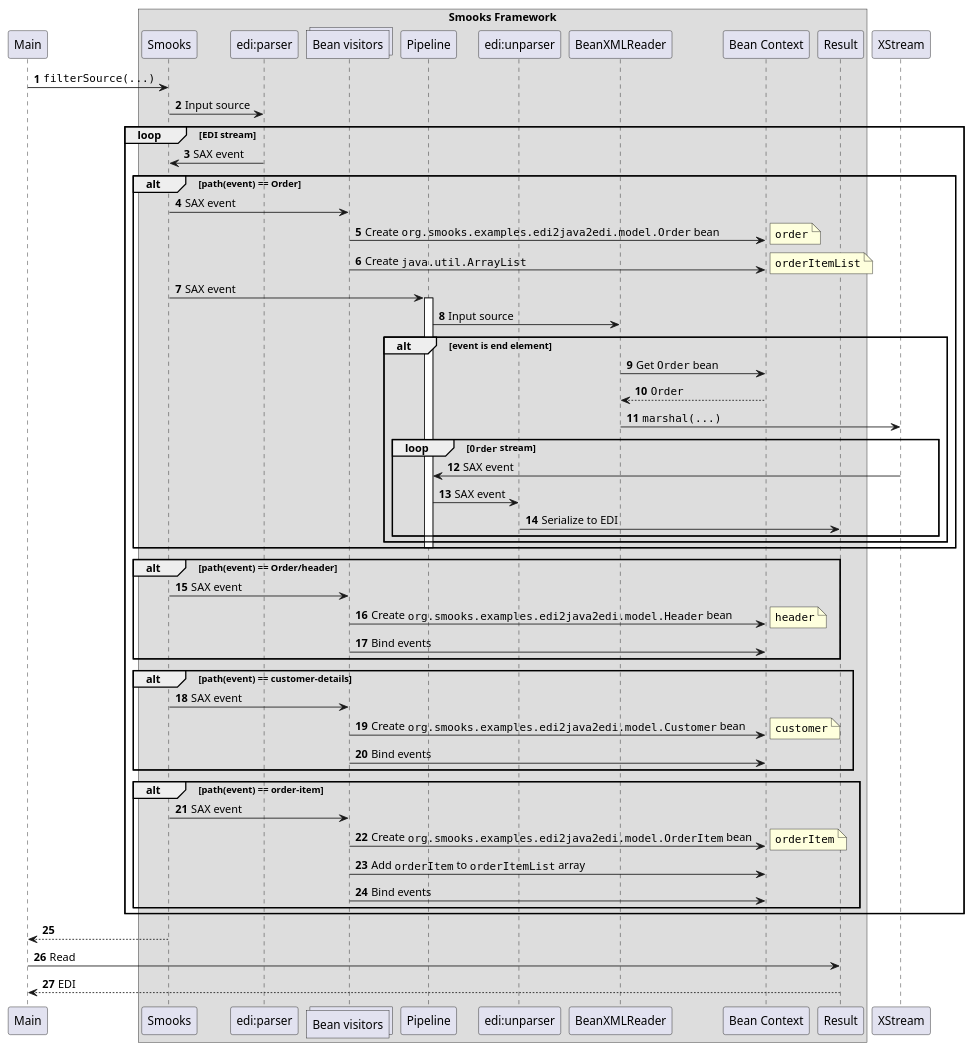
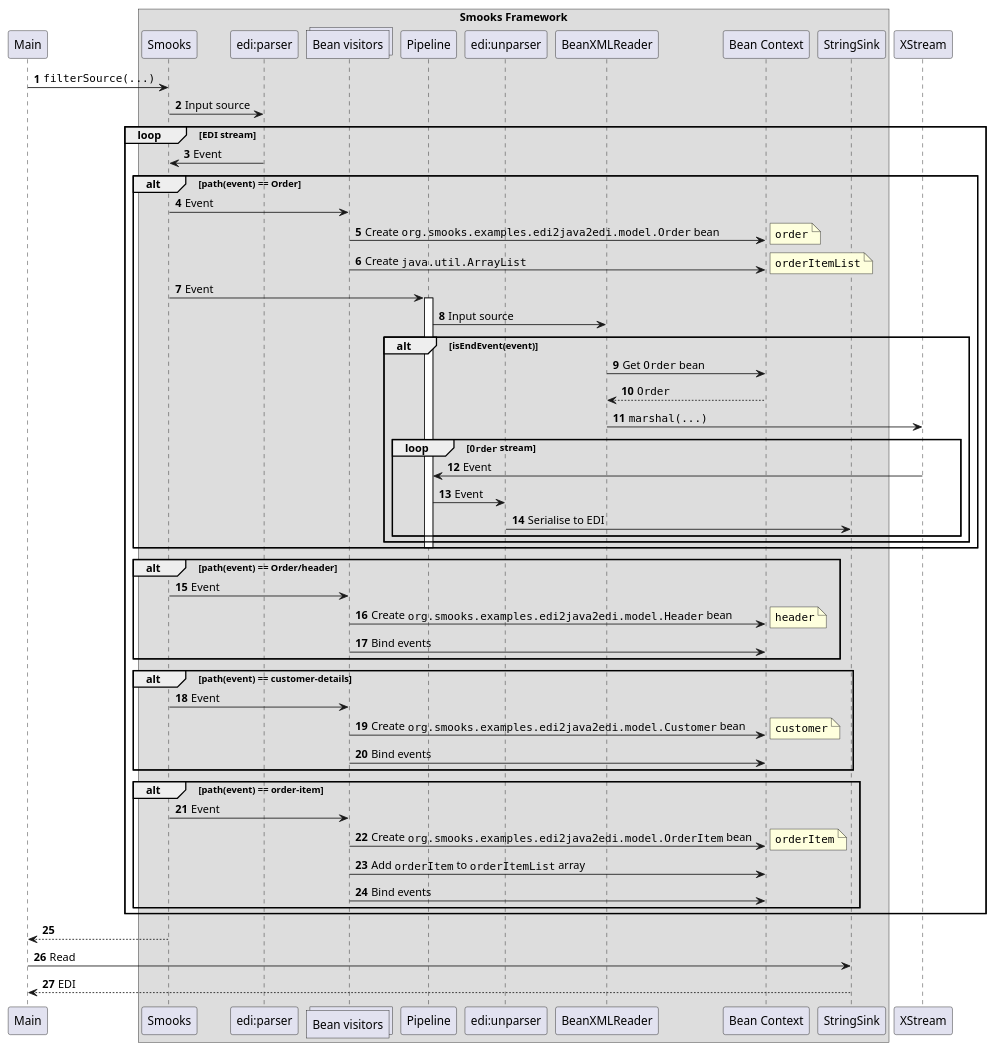
Before and after one commit to smooks/smooks-examples: the diagram in edi-to-java-to-edi/docs/edi-to-java-to-edi.puml, drawn with PlantUML. The commit also changed 58 other files, not shown here.

```diff
--- a/edi-to-java-to-edi/docs/edi-to-java-to-edi.puml
+++ b/edi-to-java-to-edi/docs/edi-to-java-to-edi.puml
@@ -1,63 +1,63 @@
 @startuml
 participant Main
 box Smooks Framework
 participant Smooks
 participant "edi:parser"
 collections "Bean visitors"
 participant Pipeline
 participant "edi:unparser"
 participant BeanXMLReader
 participant "Bean Context"
-participant Result
+participant StringSink
 end box
 autonumber
 
 Main -> Smooks : ""filterSource(...)""
 Smooks -> "edi:parser": Input source
 loop EDI stream
-    Smooks <- "edi:parser": SAX event
+    Smooks <- "edi:parser": Event
     alt path(event) == Order
-        Smooks -> "Bean visitors": SAX event
+        Smooks -> "Bean visitors": Event
         "Bean visitors" -> "Bean Context": Create ""org.smooks.examples.edi2java2edi.model.Order"" bean
         note right: ""order""
         "Bean visitors" -> "Bean Context": Create ""java.util.ArrayList""
         note right: ""orderItemList""
-        Smooks -> Pipeline: SAX event
+        Smooks -> Pipeline: Event
         activate Pipeline
         Pipeline -> BeanXMLReader: Input source
-        alt event is end element
+        alt isEndEvent(event)
             BeanXMLReader -> "Bean Context": Get ""Order"" bean
             BeanXMLReader <-- "Bean Context": ""Order""
             BeanXMLReader -> XStream: ""marshal(...)""
             loop ""Order"" stream
-                Pipeline <- XStream: SAX event
-                Pipeline -> "edi:unparser": SAX event
-                Result <- "edi:unparser": Serialize to EDI
+                Pipeline <- XStream: Event
+                Pipeline -> "edi:unparser": Event
+                StringSink <- "edi:unparser": Serialise to EDI
             end
         end
         deactivate Pipeline
     end
     alt path(event) == Order/header
-        Smooks -> "Bean visitors": SAX event
+        Smooks -> "Bean visitors": Event
         "Bean visitors" -> "Bean Context": Create ""org.smooks.examples.edi2java2edi.model.Header"" bean
         note right: ""header""
         "Bean visitors" -> "Bean Context": Bind events
     end
     alt path(event) == customer-details
-        Smooks -> "Bean visitors": SAX event
+        Smooks -> "Bean visitors": Event
         "Bean visitors" -> "Bean Context": Create ""org.smooks.examples.edi2java2edi.model.Customer"" bean
         note right: ""customer""
         "Bean visitors" -> "Bean Context": Bind events
     end
     alt path(event) == order-item
-        Smooks -> "Bean visitors": SAX event
+        Smooks -> "Bean visitors": Event
         "Bean visitors" -> "Bean Context": Create ""org.smooks.examples.edi2java2edi.model.OrderItem"" bean
         note right: ""orderItem""
         "Bean visitors" -> "Bean Context": Add ""orderItem"" to ""orderItemList"" array
         "Bean visitors" -> "Bean Context": Bind events
     end
 end
 Smooks --> Main
-Main -> Result: Read
-Result --> Main: EDI
+Main -> StringSink: Read
+StringSink --> Main: EDI
 @enduml
```
